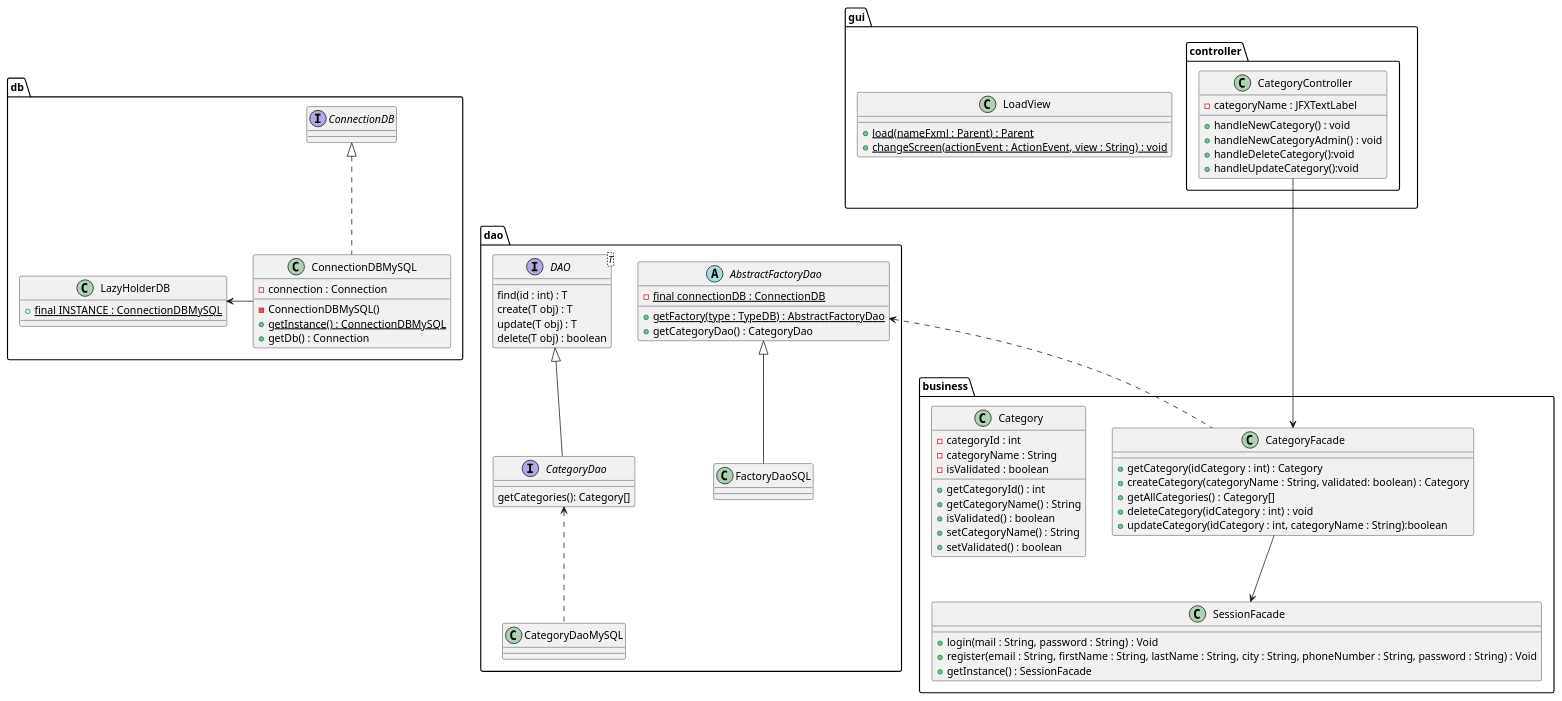
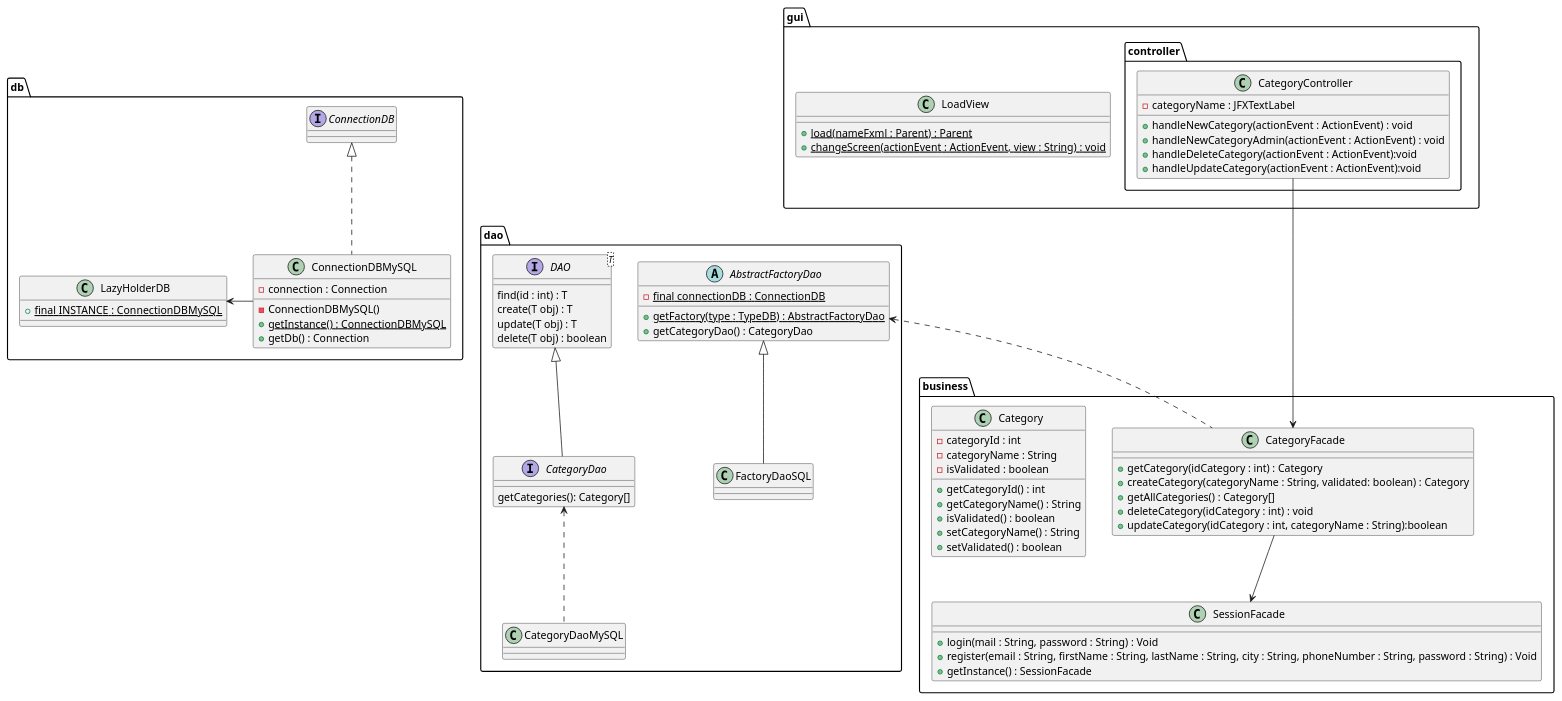
The diagram in documents/diagram/category/categoryClass.puml (LaunoisRemy/ToolShare), drawn with PlantUML before and after one commit. The commit also changed 1 other file, not shown here.

Commit message:
Update function create(T) and Controller on class diagram

```diff
--- a/documents/diagram/category/categoryClass.puml
+++ b/documents/diagram/category/categoryClass.puml
@@ -1,99 +1,99 @@
 @startuml
 
 package dao {
 
 
     interface CategoryDao{
         getCategories(): Category[]
     }
     class CategoryDaoMySQL
     AbstractFactoryDao <|-- FactoryDaoSQL
     CategoryDao <.. CategoryDaoMySQL
 
     interface DAO<T>{
         find(id : int) : T
         create(T obj) : T
         update(T obj) : T
         delete(T obj) : boolean
     }
 
     abstract AbstractFactoryDao{
         - {static} final connectionDB : ConnectionDB
         + {static} getFactory(type : TypeDB) : AbstractFactoryDao
         + getCategoryDao() : CategoryDao
     }
 
     class FactoryDaoSQL{
     }
 
 
     DAO <|-- CategoryDao
 }
 package db{
     class ConnectionDBMySQL{
         - connection : Connection
         - ConnectionDBMySQL()
         + {static} getInstance() : ConnectionDBMySQL
         + getDb() : Connection
     }
 
     class LazyHolderDB{
         + {static} final INSTANCE : ConnectionDBMySQL
     }
     interface ConnectionDB
     ConnectionDBMySQL -Left-> LazyHolderDB
     ConnectionDBMySQL .up.|> ConnectionDB
 
 }
 package business{
     class CategoryFacade{
     + getCategory(idCategory : int) : Category
     + createCategory(categoryName : String, validated: boolean) : Category
     + getAllCategories() : Category[]
     + deleteCategory(idCategory : int) : void
     + updateCategory(idCategory : int, categoryName : String):boolean
     }
     class SessionFacade{
         + login(mail : String, password : String) : Void
         + register(email : String, firstName : String, lastName : String, city : String, phoneNumber : String, password : String) : Void
         + getInstance() : SessionFacade
     }
 
     CategoryFacade --> SessionFacade
     class Category{
         -categoryId : int
         -categoryName : String
         -isValidated : boolean
         + getCategoryId() : int
         + getCategoryName() : String
         + isValidated() : boolean
         + setCategoryName() : String
         + setValidated() : boolean
 
     }
 
 }
 
 package gui{
 
     class LoadView{
         + {static} load(nameFxml : Parent) : Parent
         + {static} changeScreen(actionEvent : ActionEvent, view : String) : void
     }
 
     package controller{
         class CategoryController{
             -categoryName : JFXTextLabel
-            + handleNewCategory() : void
-            + handleNewCategoryAdmin() : void
-            + handleDeleteCategory():void
-            + handleUpdateCategory():void
+            + handleNewCategory(actionEvent : ActionEvent) : void
+            + handleNewCategoryAdmin(actionEvent : ActionEvent) : void
+            + handleDeleteCategory(actionEvent : ActionEvent):void
+            + handleUpdateCategory(actionEvent : ActionEvent):void
         }
     }
 }
 CategoryFacade <--Up- CategoryController
 CategoryFacade .Up.> AbstractFactoryDao
 
 
 
 @enduml
```
